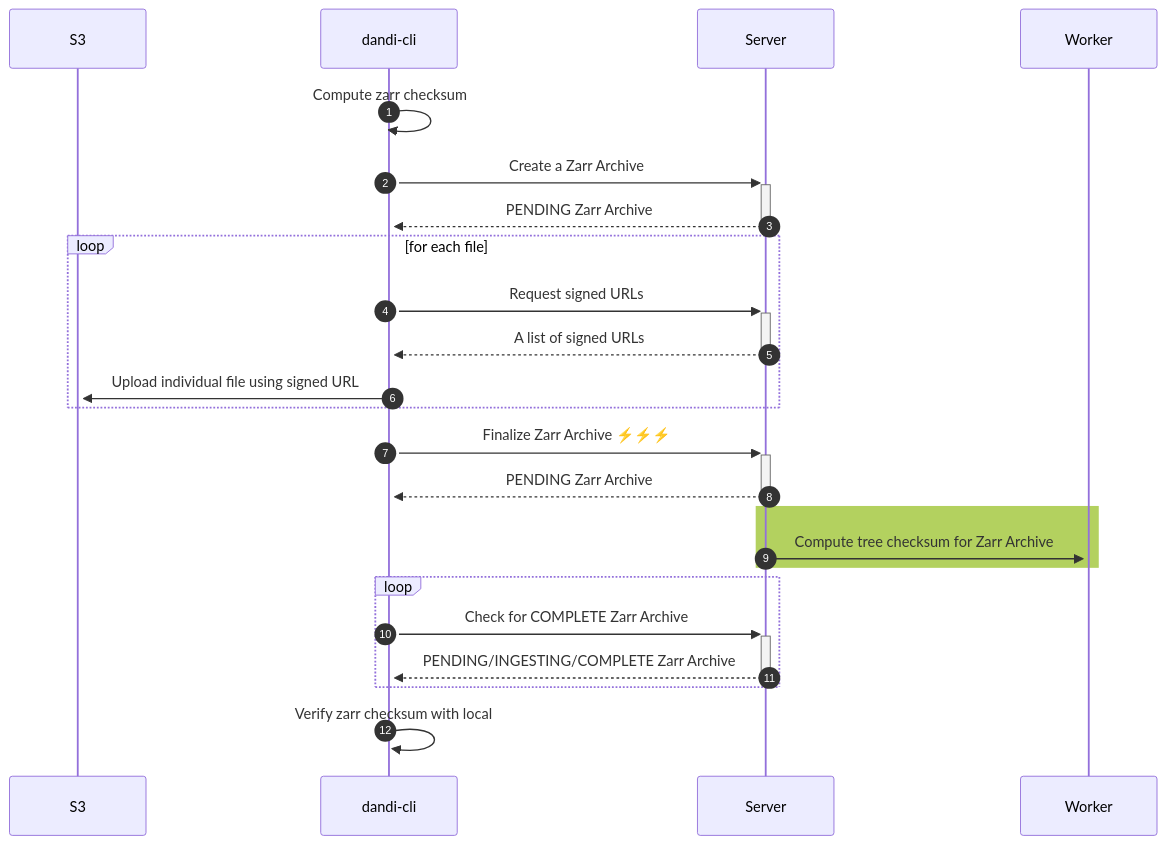
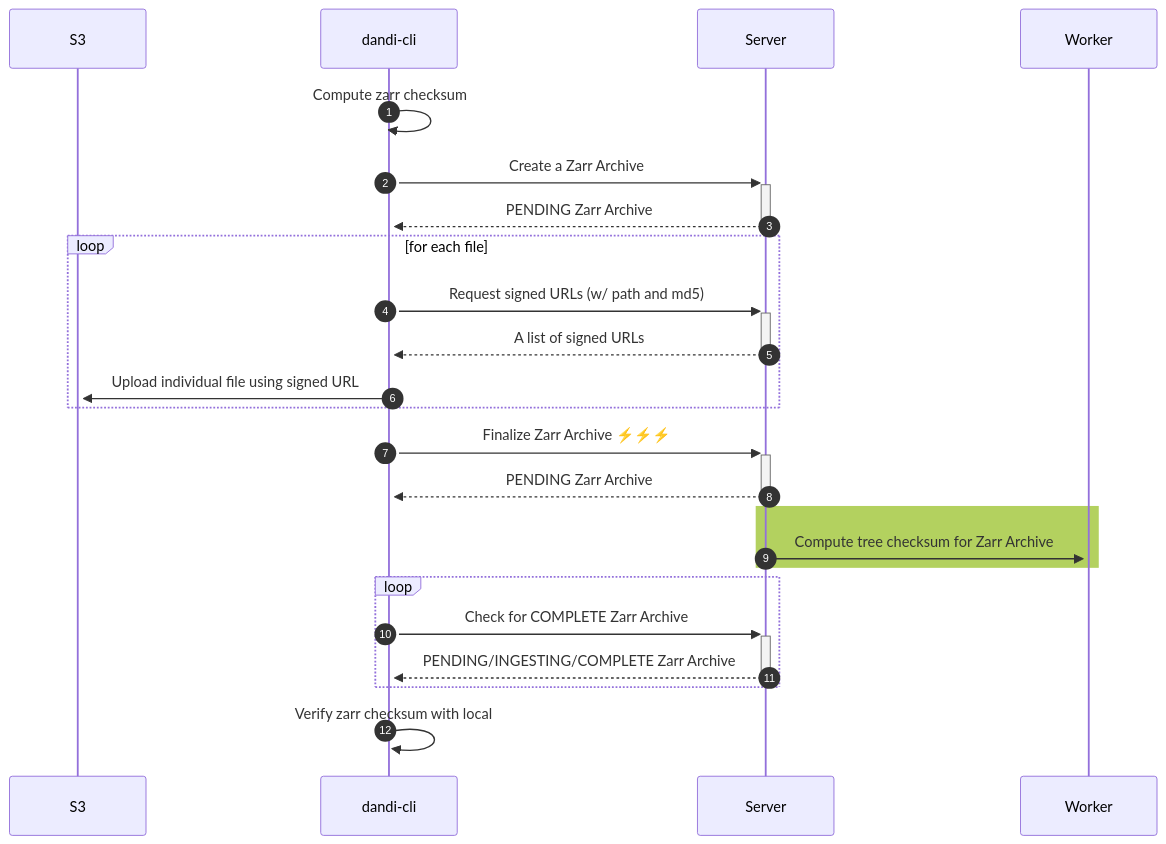
One commit to dandi/dandi-archive changed the second of 2 diagrams in doc/design/zarr-performance-redesign.md. Above: the diagram before and after it, drawn with Mermaid. The commit also changed other lines of this file, not shown here.

Commit message:
Update zarr upload process design doc

````diff
--- a/doc/design/zarr-performance-redesign.md
+++ b/doc/design/zarr-performance-redesign.md
@@ -88,34 +88,34 @@
 ```mermaid
 sequenceDiagram
     autonumber
 
     participant S3
     participant Client as dandi-cli
     participant Server
     participant Worker
 
     Client->>+Client: Compute zarr checksum
 
     Client->>+Server: Create a Zarr Archive
     Server-->>-Client: PENDING Zarr Archive
 
     loop for each file
-        Client->>+Server: Request signed URLs
+        Client->>+Server: Request signed URLs (w/ path and md5)
         Server-->>-Client: A list of signed URLs
         Client->>+S3: Upload individual file using signed URL
     end
 
     Client->>+Server: Finalize Zarr Archive ⚡⚡⚡
     Server-->>-Client: PENDING Zarr Archive
 
     rect rgb(179, 209, 95)
         Server->>+Worker: Compute tree checksum for Zarr Archive
     end
 
     loop
         Client->>+Server: Check for COMPLETE Zarr Archive
         Server-->>-Client: PENDING/INGESTING/COMPLETE Zarr Archive
     end
 
     Client->>+Client: Verify zarr checksum with local
 ```
````
